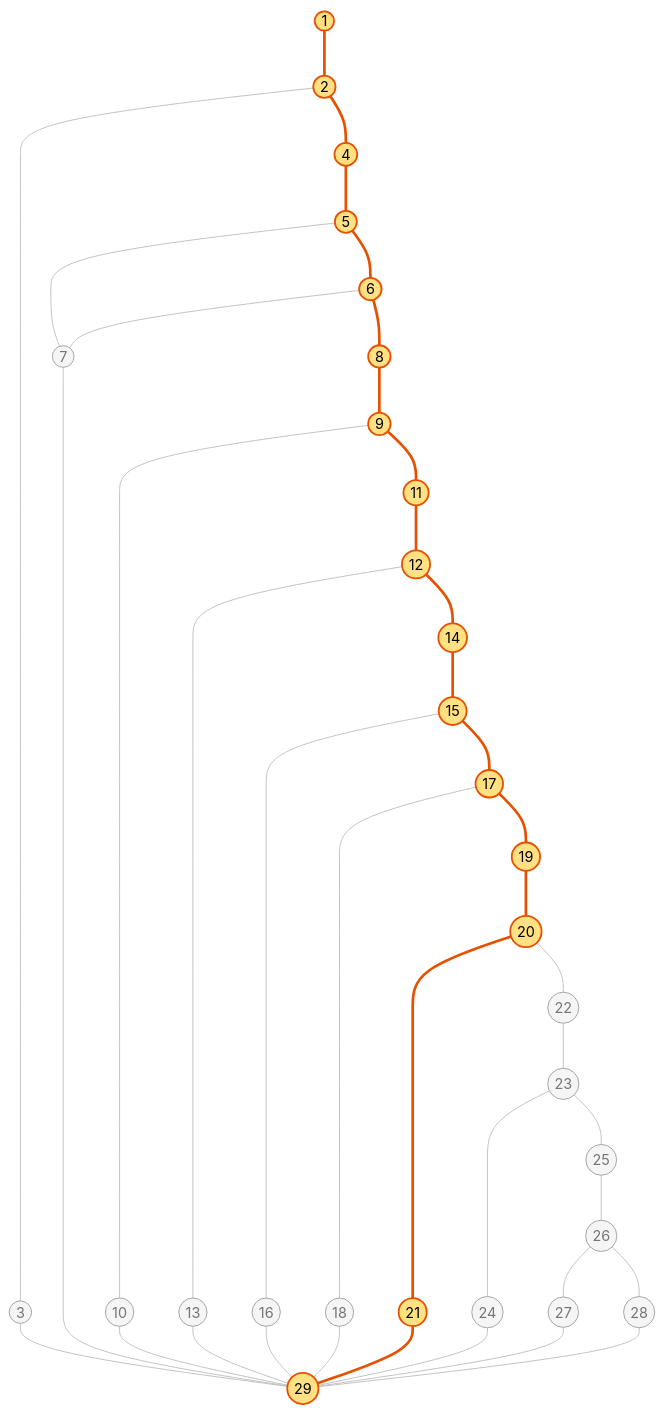
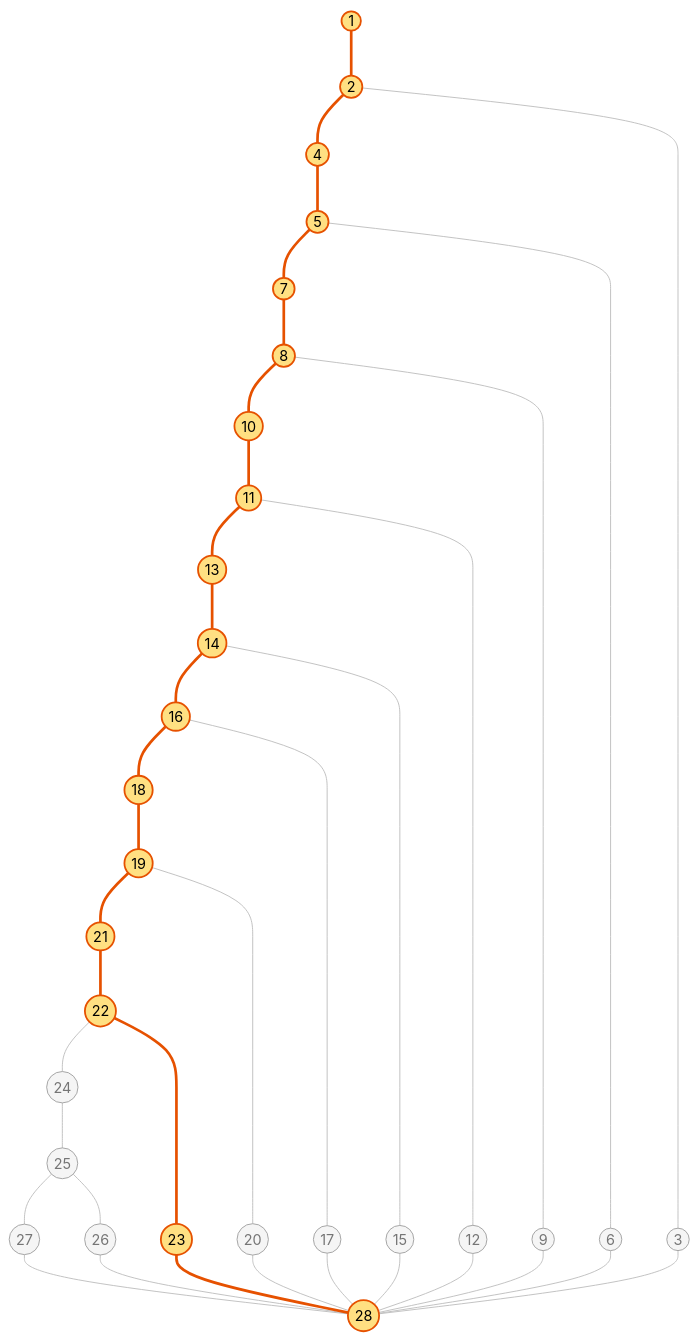
The ninth of 11 diagrams in tests/docs/caja_blanca_01_enviar_flag.md (bloedige/itdb_ctf), drawn with Mermaid (neutral theme) before and after one commit. The commit also changed other lines of this file and 47 other files, not shown here.

````diff
--- a/tests/docs/caja_blanca_01_enviar_flag.md
+++ b/tests/docs/caja_blanca_01_enviar_flag.md
@@ -503,46 +512,44 @@
 ```mermaid
 graph TD
     n1((1)) --- n2((2))
-    n2 --- n3((3))
-    n3 --- n29((29))
     n2 --- n4((4))
     n4 --- n5((5))
     n5 --- n7((7))
-    n7 --- n29
+    n7 --- n8((8))
+    n8 --- n10((10))
+    n10 --- n11((11))
+    n11 --- n13((13))
+    n13 --- n14((14))
+    n14 --- n16((16))
+    n16 --- n18((18))
+    n18 --- n19((19))
+    n19 --- n21((21))
+    n21 --- n22((22))
+    n22 --- n24((24))
+    n24 --- n25((25))
+    n25 --- n27((27))
+    n27 --- n28((28))
+    n25 --- n26((26))
+    n26 --- n28
+    n22 --- n23((23))
+    n23 --- n28
+    n19 --- n20((20))
+    n20 --- n28
+    n16 --- n17((17))
+    n17 --- n28
+    n14 --- n15((15))
+    n15 --- n28
+    n11 --- n12((12))
+    n12 --- n28
+    n8 --- n9((9))
+    n9 --- n28
     n5 --- n6((6))
-    n6 --- n7
-    n6 --- n8((8))
-    n8 --- n9((9))
-    n9 --- n10((10))
-    n10 --- n29
-    n9 --- n11((11))
-    n11 --- n12((12))
-    n12 --- n13((13))
-    n13 --- n29
-    n12 --- n14((14))
-    n14 --- n15((15))
-    n15 --- n16((16))
-    n16 --- n29
-    n15 --- n17((17))
-    n17 --- n18((18))
-    n18 --- n29
-    n17 --- n19((19))
-    n19 --- n20((20))
-    n20 --- n21((21))
-    n21 --- n29
-    n20 --- n22((22))
-    n22 --- n23((23))
-    n23 --- n24((24))
-    n24 --- n29
-    n23 --- n25((25))
-    n25 --- n26((26))
-    n26 --- n27((27))
-    n27 --- n29
-    n26 --- n28((28))
-    n28 --- n29
+    n6 --- n28
+    n2 --- n3((3))
+    n3 --- n28
     classDef default fill:#f5f5f5,stroke:#9e9e9e,color:#757575
     classDef camino fill:#ffe082,stroke:#e65100,stroke-width:2px,color:#000
-    class n1,n2,n4,n5,n6,n8,n9,n11,n12,n14,n15,n17,n19,n20,n21,n29 camino
+    class n1,n2,n4,n5,n7,n8,n10,n11,n13,n14,n16,n18,n19,n21,n22,n23,n28 camino
     linkStyle default stroke:#bdbdbd,stroke-width:1px
-    linkStyle 0,3,4,7,9,10,13,14,17,18,21,24,25,26,27 stroke:#e65100,stroke-width:3px
+    linkStyle 0,1,2,3,4,5,6,7,8,9,10,11,12,13,20,21 stroke:#e65100,stroke-width:3px
 ```
````
